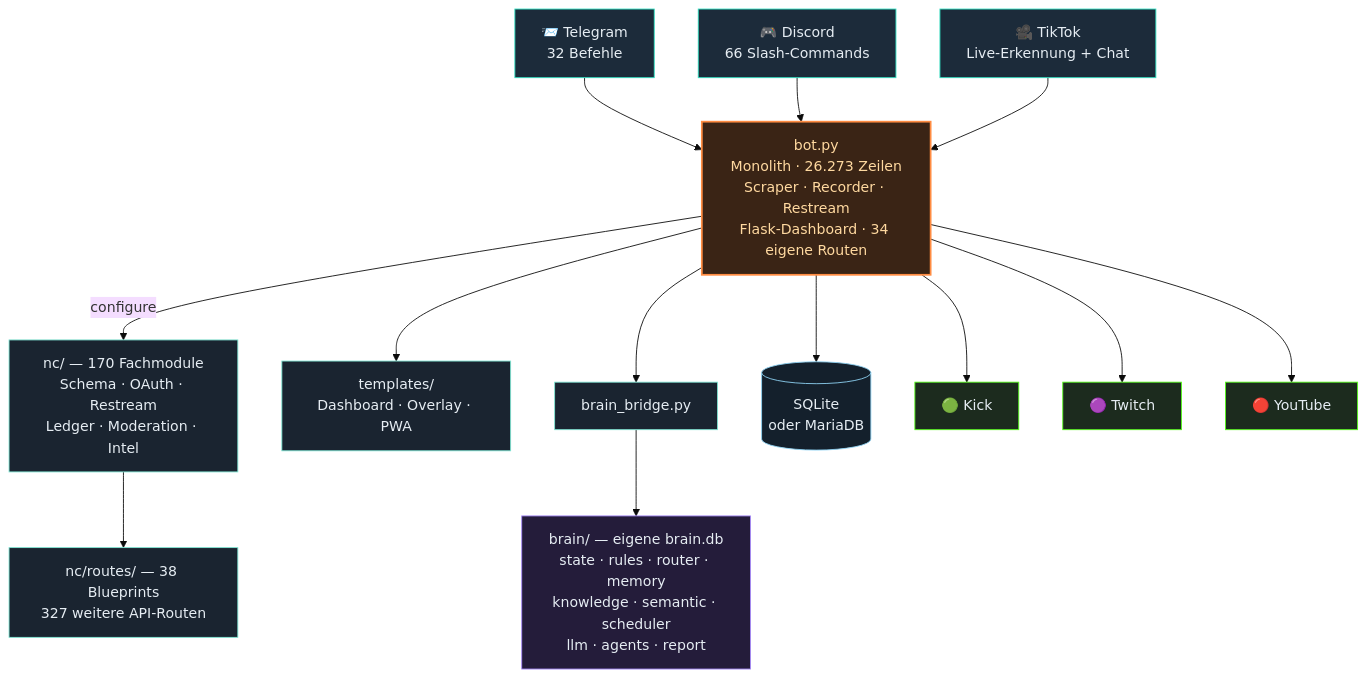
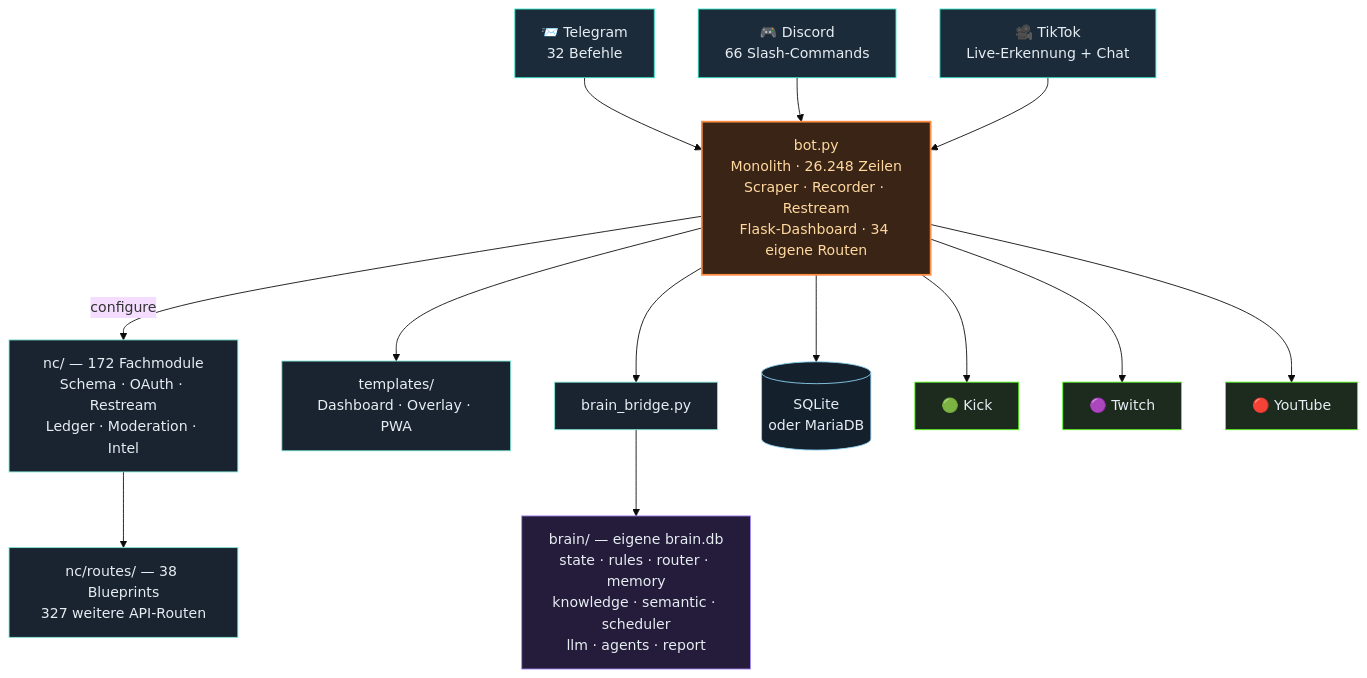
One commit to itsamemedev/Telegram-Stream-Info-Bot changed the third of 4 diagrams in README.md. Above: the diagram before and after it, drawn with Mermaid (base theme). The commit also changed other lines of this file and 22 other files, not shown here.

````diff
--- a/README.md
+++ b/README.md
@@ -212,30 +212,30 @@
 ```mermaid
 flowchart TB
     TG["📨 Telegram<br/>32 Befehle"]:::ein
     DC["🎮 Discord<br/>66 Slash-Commands"]:::ein
     TT["🎥 TikTok<br/>Live-Erkennung + Chat"]:::ein
 
     TG --> BOT
     DC --> BOT
     TT --> BOT
 
-    BOT["bot.py<br/>Monolith · 26.273 Zeilen<br/>Scraper · Recorder · Restream<br/>Flask-Dashboard · 34 eigene Routen"]:::core
+    BOT["bot.py<br/>Monolith · 26.248 Zeilen<br/>Scraper · Recorder · Restream<br/>Flask-Dashboard · 34 eigene Routen"]:::core
 
-    BOT -->|configure| NC["nc/ — 170 Fachmodule<br/>Schema · OAuth · Restream<br/>Ledger · Moderation · Intel"]:::lib
+    BOT -->|configure| NC["nc/ — 172 Fachmodule<br/>Schema · OAuth · Restream<br/>Ledger · Moderation · Intel"]:::lib
     NC --> RT["nc/routes/ — 38 Blueprints<br/>327 weitere API-Routen"]:::lib
     BOT --> TPL["templates/<br/>Dashboard · Overlay · PWA"]:::lib
     BOT --> BR["brain_bridge.py"]:::lib
     BR --> BRAIN["brain/ — eigene brain.db<br/>state · rules · router · memory<br/>knowledge · semantic · scheduler<br/>llm · agents · report"]:::brain
     BOT --> DB[("SQLite<br/>oder MariaDB")]:::db
 
     BOT --> KICK["🟢 Kick"]:::out
     BOT --> TW["🟣 Twitch"]:::out
     BOT --> YT["🔴 YouTube"]:::out
 
     classDef ein fill:#1c2b3a,stroke:#2de1c2,color:#e6edf3
     classDef core fill:#3a2415,stroke:#ff8c42,stroke-width:2px,color:#ffd9a0
     classDef lib fill:#1a2430,stroke:#7fe7d4,color:#e6edf3
     classDef brain fill:#241c3a,stroke:#a78bfa,color:#e6edf3
     classDef db fill:#14202c,stroke:#8fd3f4,color:#e6edf3
     classDef out fill:#1c2b1e,stroke:#53fc18,color:#e6edf3
 ```
````
